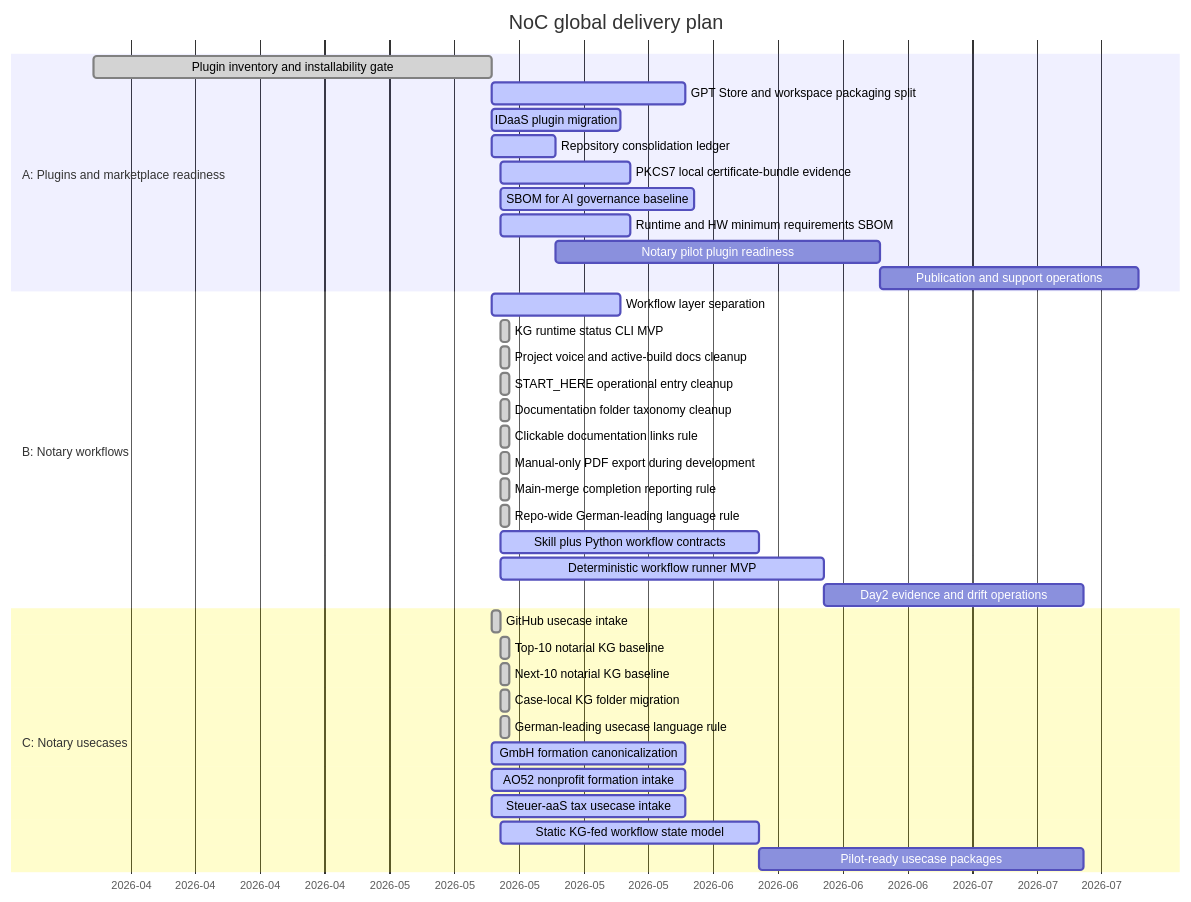
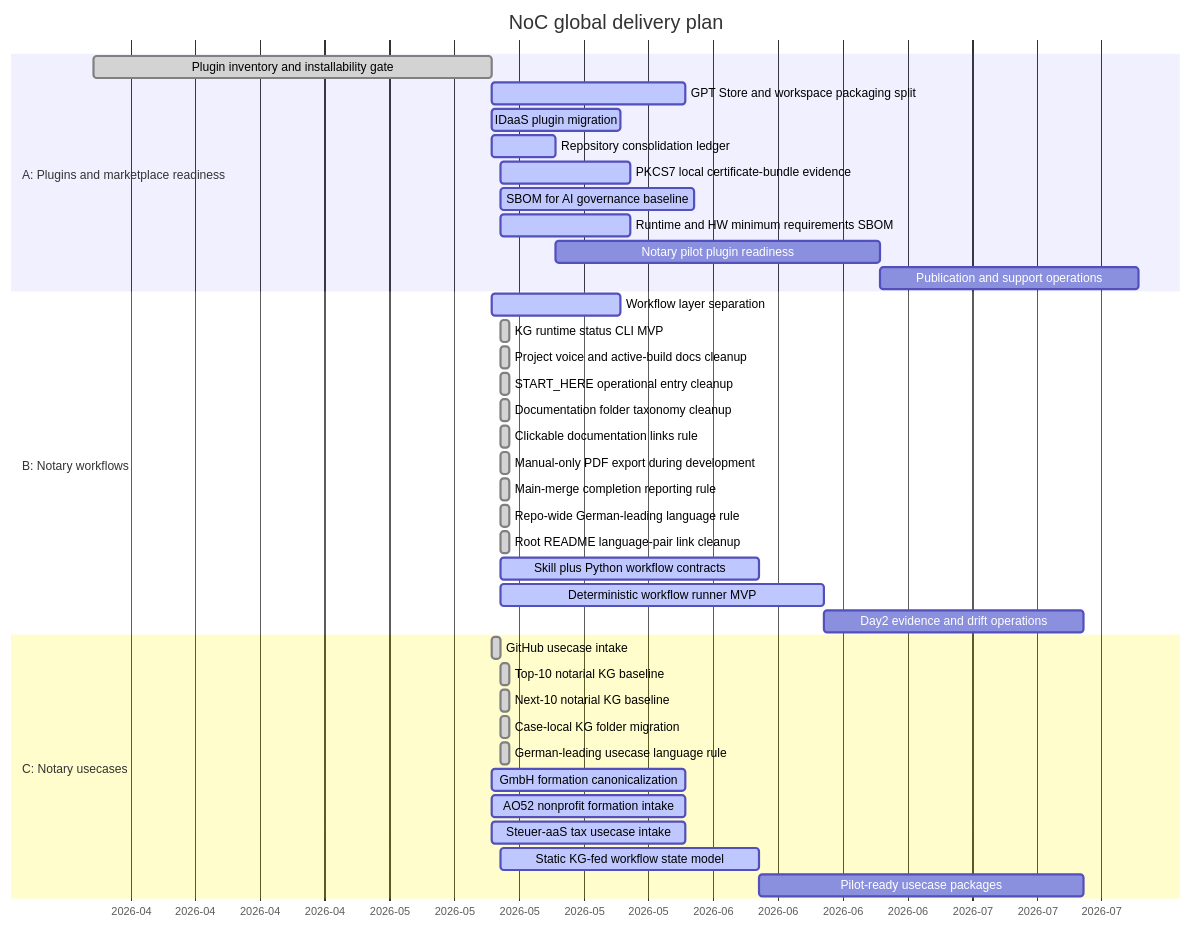
The diagram in roadmap/GANTT.md (notariat8/NaC), drawn with Mermaid before and after one commit. The commit also changed other lines of this file and 1 other file, not shown here.

Commit message:
Pair language links in root README

````diff
--- a/roadmap/GANTT.md
+++ b/roadmap/GANTT.md
@@ -12,43 +12,44 @@
 ```mermaid
 gantt
     title NoC global delivery plan
     dateFormat  YYYY-MM-DD
     axisFormat  %Y-%m
 
     section A: Plugins and marketplace readiness
     Plugin inventory and installability gate     :done,    a1, 2026-04-01, 2026-05-14
     GPT Store and workspace packaging split      :active,  a2, 2026-05-14, 21d
     IDaaS plugin migration                       :active,  a3, 2026-05-14, 14d
     Repository consolidation ledger              :active,  a4, 2026-05-14, 7d
     PKCS7 local certificate-bundle evidence      :active,  a4a, 2026-05-15, 14d
     SBOM for AI governance baseline              :active,  a4b, 2026-05-15, 21d
     Runtime and HW minimum requirements SBOM     :active,  a4c, 2026-05-15, 14d
     Notary pilot plugin readiness                :         a5, after a4, 35d
     Publication and support operations           :         a6, after a5, 28d
 
     section B: Notary workflows
     Workflow layer separation                    :active,  b1, 2026-05-14, 14d
     KG runtime status CLI MVP                    :done,    b1a, 2026-05-15, 1d
     Project voice and active-build docs cleanup  :done,    b1b, 2026-05-15, 1d
     START_HERE operational entry cleanup         :done,    b1c, 2026-05-15, 1d
     Documentation folder taxonomy cleanup        :done,    b1d, 2026-05-15, 1d
     Clickable documentation links rule           :done,    b1e, 2026-05-15, 1d
     Manual-only PDF export during development    :done,    b1f, 2026-05-15, 1d
     Main-merge completion reporting rule         :done,    b1g, 2026-05-15, 1d
     Repo-wide German-leading language rule       :done,    b1h, 2026-05-15, 1d
+    Root README language-pair link cleanup       :done,    b1i, 2026-05-15, 1d
     Skill plus Python workflow contracts         :active,  b2, 2026-05-15, 28d
     Deterministic workflow runner MVP            :active,  b3, 2026-05-15, 35d
     Day2 evidence and drift operations           :         b4, after b3, 28d
 
     section C: Notary usecases
     GitHub usecase intake                        :done,    c1, 2026-05-14, 1d
     Top-10 notarial KG baseline                  :done,    c2, 2026-05-15, 1d
     Next-10 notarial KG baseline                 :done,    c3, 2026-05-15, 1d
     Case-local KG folder migration               :done,    c3a, 2026-05-15, 1d
     German-leading usecase language rule         :done,    c3b, 2026-05-15, 1d
     GmbH formation canonicalization              :active,  c4, 2026-05-14, 21d
     AO52 nonprofit formation intake              :active,  c5, 2026-05-14, 21d
     Steuer-aaS tax usecase intake                :active,  c6, 2026-05-14, 21d
     Static KG-fed workflow state model           :active,  c7, 2026-05-15, 28d
     Pilot-ready usecase packages                 :         c8, after c7, 35d
 ```
````
